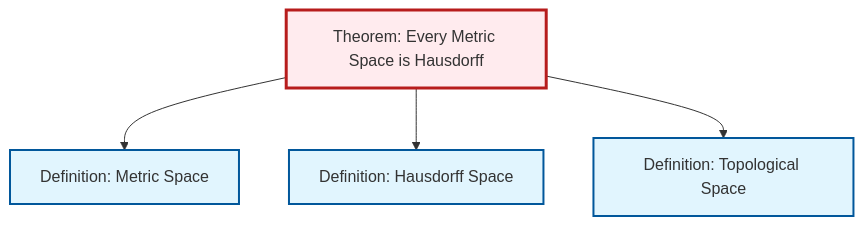
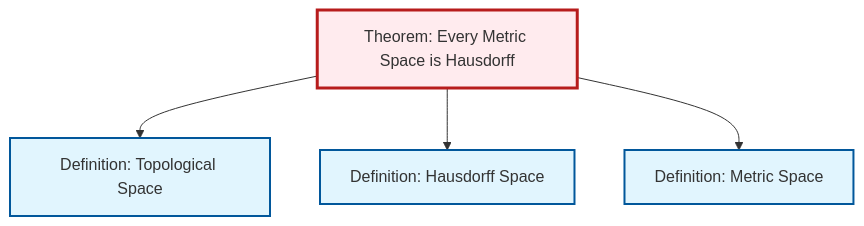
One commit to RK0429/ModernMath changed the diagram in content/en/topology/thm-metric-hausdorff.qmd. Above: the diagram before and after it, drawn with Mermaid. The commit also changed other lines of this file and 434 other files, not shown here.

````diff
--- a/content/en/topology/thm-metric-hausdorff.qmd
+++ b/content/en/topology/thm-metric-hausdorff.qmd
@@ -62,20 +62,20 @@
 ```{mermaid}
 %%| fig-cap: "Local dependency graph"
 graph TD
     classDef definition fill:#e1f5fe,stroke:#01579b,stroke-width:2px
     classDef theorem fill:#f3e5f5,stroke:#4a148c,stroke-width:2px
     classDef axiom fill:#fff3e0,stroke:#e65100,stroke-width:2px
     classDef example fill:#e8f5e9,stroke:#1b5e20,stroke-width:2px
     classDef current fill:#ffebee,stroke:#b71c1c,stroke-width:3px
+    def-topological-space["Definition: Topological Space"]:::definition
     def-hausdorff["Definition: Hausdorff Space"]:::definition
     thm-metric-hausdorff["Theorem: Every Metric Space is Hausdorff"]:::theorem
-    def-topological-space["Definition: Topological Space"]:::definition
     def-metric-space["Definition: Metric Space"]:::definition
+    thm-metric-hausdorff --> def-topological-space
+    thm-metric-hausdorff --> def-hausdorff
     thm-metric-hausdorff --> def-metric-space
-    thm-metric-hausdorff --> def-hausdorff
-    thm-metric-hausdorff --> def-topological-space
     class thm-metric-hausdorff current
+    click def-topological-space "def-topological-space.html" "Go to Topological Space definition"
     click def-hausdorff "def-hausdorff.html" "Go to Hausdorff Space definition"
-    click def-topological-space "def-topological-space.html" "Go to Topological Space definition"
     click def-metric-space "def-metric-space.html" "Go to Metric Space definition"
 ```
````
